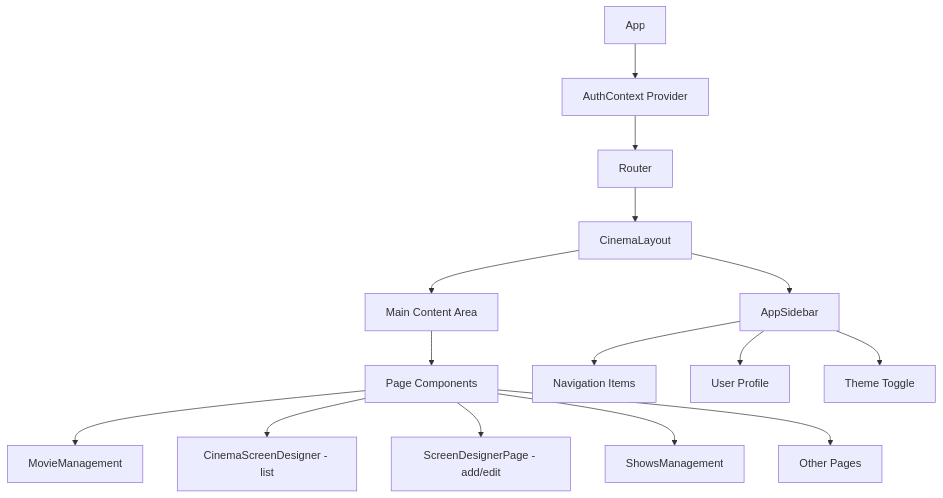
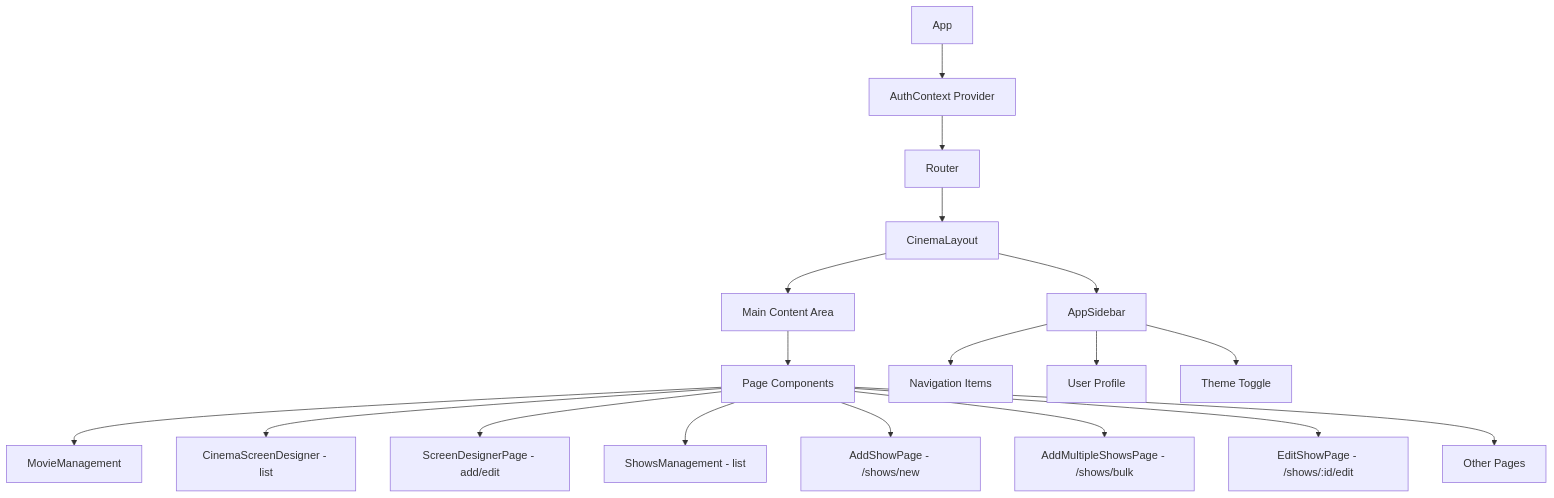
Before and after one commit to hduraimurugan/cinema-app-docs: the second of 15 diagrams in admin.md, drawn with Mermaid. The commit also changed other lines of this file and 1 other file, not shown here.

Commit message:
update: separate shows management routes and add new show pages with auto-fill features

````diff
--- a/admin.md
+++ b/admin.md
@@ -51,19 +54,22 @@
 ```mermaid
 graph TD
     A[App] --> B[AuthContext Provider]
     B --> C[Router]
     C --> D[CinemaLayout]
     D --> E[AppSidebar]
     D --> F[Main Content Area]
     F --> G[Page Components]
 
     E --> H[Navigation Items]
     E --> I[User Profile]
     E --> J[Theme Toggle]
 
     G --> K[MovieManagement]
     G --> L[CinemaScreenDesigner - list]
     G --> L2[ScreenDesignerPage - add/edit]
-    G --> M[ShowsManagement]
+    G --> M[ShowsManagement - list]
+    G --> M2[AddShowPage - /shows/new]
+    G --> M3[AddMultipleShowsPage - /shows/bulk]
+    G --> M4[EditShowPage - /shows/:id/edit]
     G --> N[Other Pages]
 ```
````
